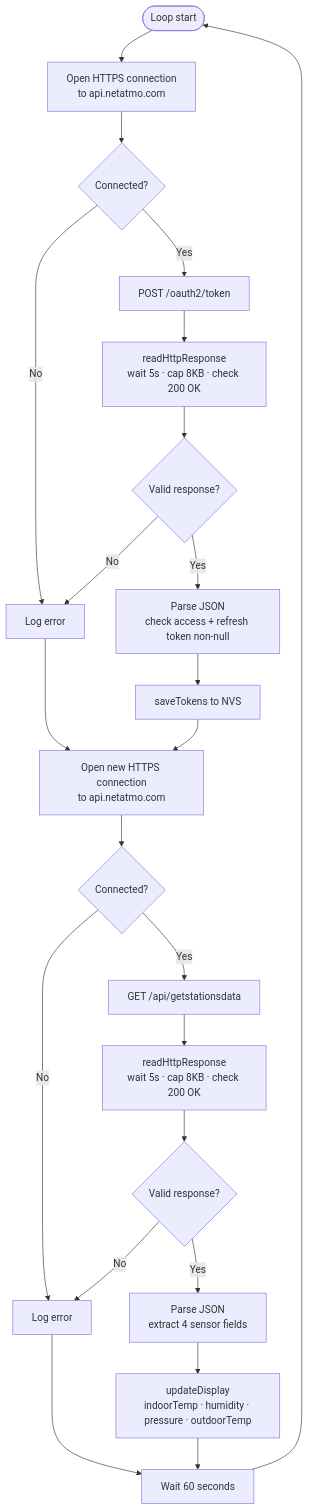
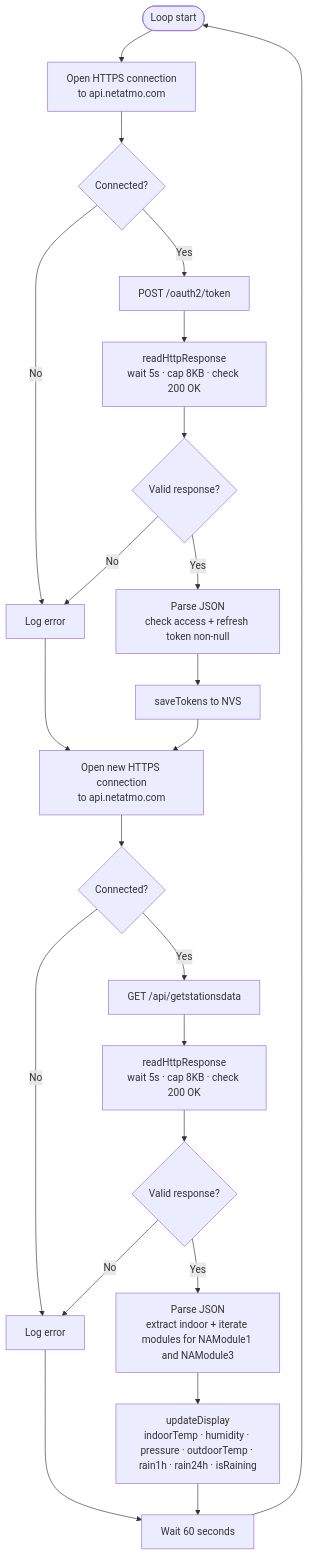
The fifth of 6 diagrams in README.md (vcchstrandberg/netatmo-weather-api), drawn with Mermaid before and after one commit. The commit also changed other lines of this file and 1 other file, not shown here.

First line of the commit message:
Add rain sensor display with drip icon

````diff
--- a/README.md
+++ b/README.md
@@ -115,31 +115,31 @@
 ```mermaid
 flowchart TD
     start([Loop start]) --> conn1[Open HTTPS connection\nto api.netatmo.com]
 
     conn1 --> ok1{Connected?}
     ok1 -->|No| err1[Log error]
     ok1 -->|Yes| post[POST /oauth2/token]
 
     post --> read1[readHttpResponse\nwait 5s · cap 8KB · check 200 OK]
     read1 --> ok3{Valid response?}
     ok3 -->|No| err1
     ok3 -->|Yes| parse1[Parse JSON\ncheck access + refresh token non-null]
     parse1 --> save[saveTokens to NVS]
 
     err1 --> conn2[Open new HTTPS connection\nto api.netatmo.com]
     save --> conn2
 
     conn2 --> ok2{Connected?}
     ok2 -->|No| err2[Log error]
     ok2 -->|Yes| get[GET /api/getstationsdata]
 
     get --> read2[readHttpResponse\nwait 5s · cap 8KB · check 200 OK]
     read2 --> ok4{Valid response?}
     ok4 -->|No| err2
-    ok4 -->|Yes| parse2[Parse JSON\nextract 4 sensor fields]
-    parse2 --> display[updateDisplay\nindoorTemp · humidity · pressure · outdoorTemp]
+    ok4 -->|Yes| parse2[Parse JSON\nextract indoor + iterate modules for NAModule1 and NAModule3]
+    parse2 --> display[updateDisplay\nindoorTemp · humidity · pressure · outdoorTemp · rain1h · rain24h · isRaining]
 
     err2 --> wait[Wait 60 seconds]
     display --> wait
     wait --> start
 ```
````
